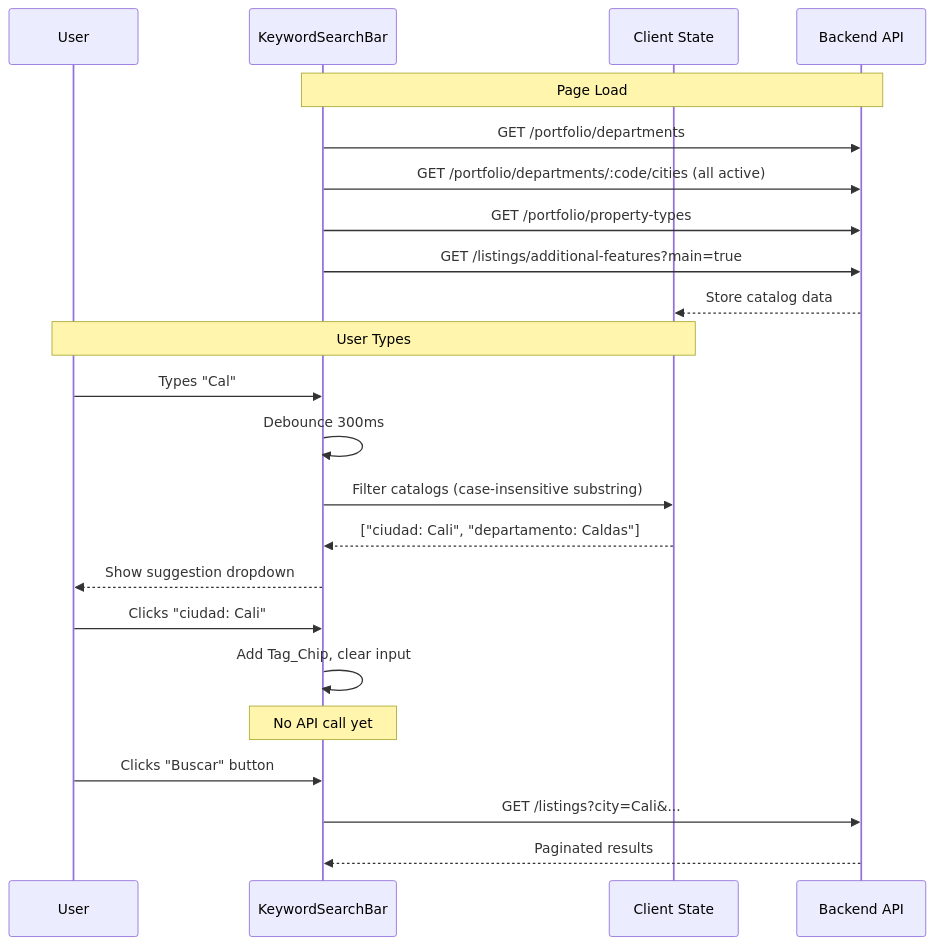
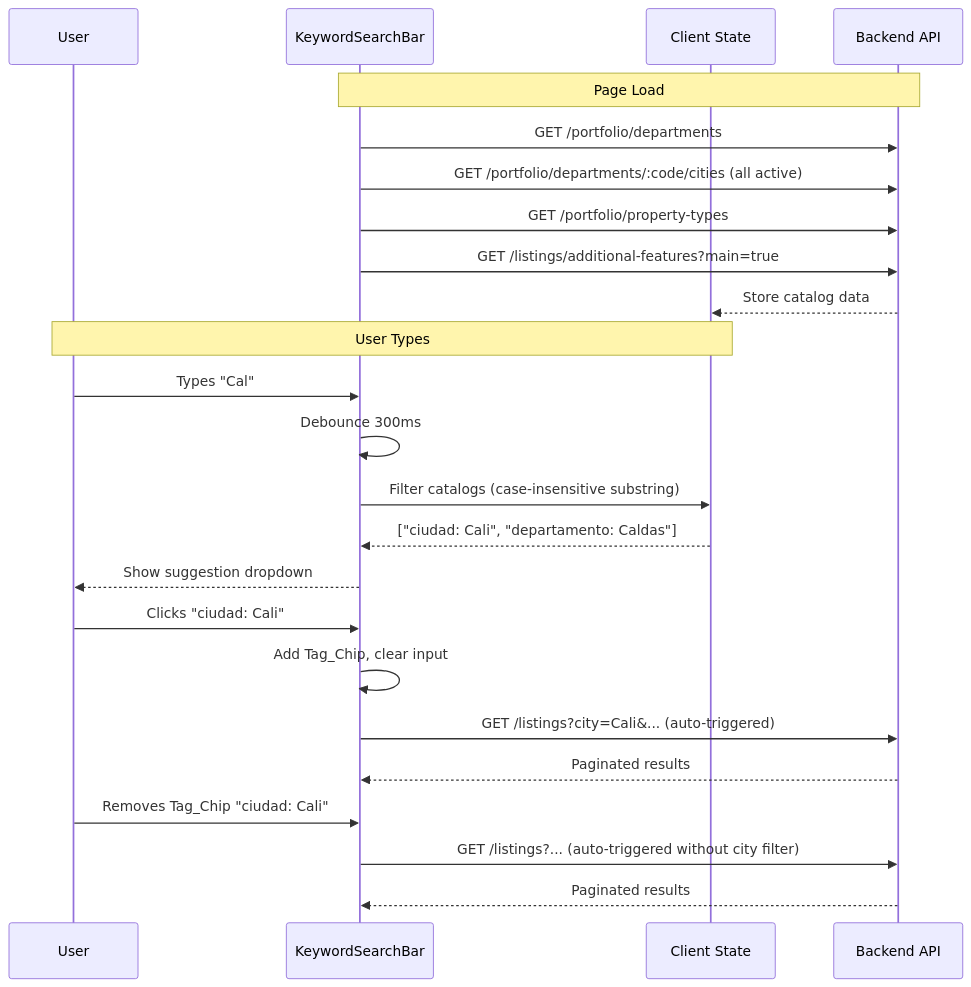
The second of 4 diagrams in .kiro/specs/listing-search-and-ux-enhancements/design.md (JAVegaG/PuenteHogar), drawn with Mermaid before and after one commit. The commit also changed other lines of this file and 3 other files, not shown here.

First line of the commit message:
feat(property-listings): auto-trigger search on tag chip add/remove

````diff
--- a/.kiro/specs/listing-search-and-ux-enhancements/design.md
+++ b/.kiro/specs/listing-search-and-ux-enhancements/design.md
@@ -78,29 +78,30 @@
 ```mermaid
 sequenceDiagram
     participant U as User
     participant KSB as KeywordSearchBar
     participant Cache as Client State
     participant API as Backend API
 
     Note over KSB,API: Page Load
     KSB->>API: GET /portfolio/departments
     KSB->>API: GET /portfolio/departments/:code/cities (all active)
     KSB->>API: GET /portfolio/property-types
     KSB->>API: GET /listings/additional-features?main=true
     API-->>Cache: Store catalog data
 
     Note over U,Cache: User Types
     U->>KSB: Types "Cal" 
     KSB->>KSB: Debounce 300ms
     KSB->>Cache: Filter catalogs (case-insensitive substring)
     Cache-->>KSB: ["ciudad: Cali", "departamento: Caldas"]
     KSB-->>U: Show suggestion dropdown
 
     U->>KSB: Clicks "ciudad: Cali"
     KSB->>KSB: Add Tag_Chip, clear input
-    Note over KSB: No API call yet
+    KSB->>API: GET /listings?city=Cali&... (auto-triggered)
+    API-->>KSB: Paginated results
 
-    U->>KSB: Clicks "Buscar" button
-    KSB->>API: GET /listings?city=Cali&...
+    U->>KSB: Removes Tag_Chip "ciudad: Cali"
+    KSB->>API: GET /listings?... (auto-triggered without city filter)
     API-->>KSB: Paginated results
 ```
````
